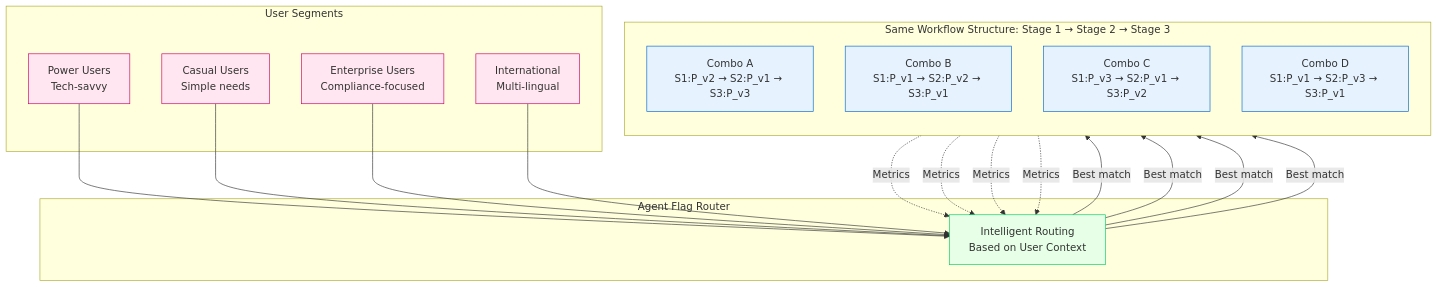
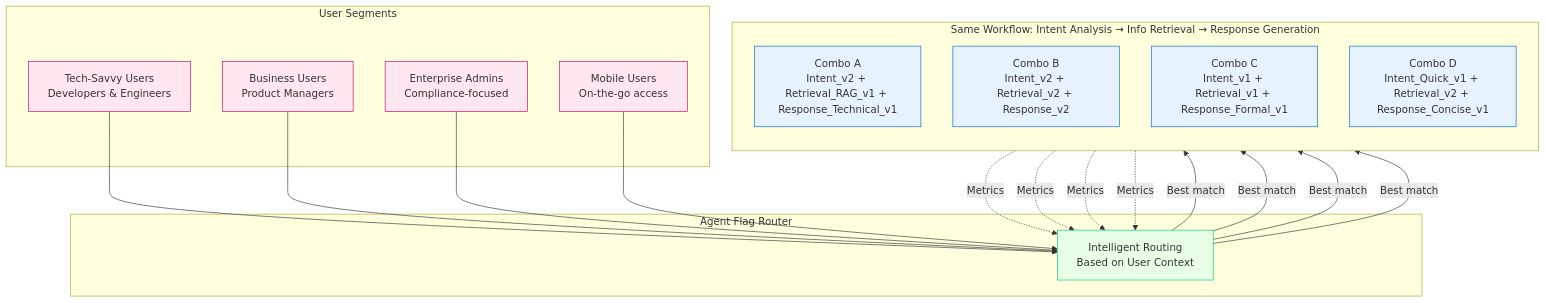
The fifth of 6 diagrams in insights-bh.md (featbit/agent-flag), drawn with Mermaid before and after one commit. The commit also changed other lines of this file, not shown here.

````diff
--- a/insights-bh.md
+++ b/insights-bh.md
@@ -223,43 +237,43 @@
 ```mermaid
 graph TB
     subgraph Users[User Segments]
-        U1[Power Users<br/>Tech-savvy]
-        U2[Casual Users<br/>Simple needs]
-        U3[Enterprise Users<br/>Compliance-focused]
-        U4[International<br/>Multi-lingual]
+        U1[Tech-Savvy Users<br/>Developers & Engineers]
+        U2[Business Users<br/>Product Managers]
+        U3[Enterprise Admins<br/>Compliance-focused]
+        U4[Mobile Users<br/>On-the-go access]
     end
     
-    subgraph WF[Same Workflow Structure: Stage 1 → Stage 2 → Stage 3]
+    subgraph WF["Same Workflow: Intent Analysis → Info Retrieval → Response Generation"]
         direction TB
-        C1[Combo A<br/>S1:P_v2 → S2:P_v1 → S3:P_v3]
-        C2[Combo B<br/>S1:P_v1 → S2:P_v2 → S3:P_v1]
-        C3[Combo C<br/>S1:P_v3 → S2:P_v1 → S3:P_v2]
-        C4[Combo D<br/>S1:P_v1 → S2:P_v3 → S3:P_v1]
+        C1["Combo A<br/>Intent_v2 + Retrieval_RAG_v1 + Response_Technical_v1"]
+        C2["Combo B<br/>Intent_v2 + Retrieval_v2 + Response_v2"]
+        C3["Combo C<br/>Intent_v1 + Retrieval_v1 + Response_Formal_v1"]
+        C4["Combo D<br/>Intent_Quick_v1 + Retrieval_v2 + Response_Concise_v1"]
     end
     
     subgraph AF[Agent Flag Router]
         R[Intelligent Routing<br/>Based on User Context]
     end
     
     U1 --> R
     U2 --> R
     U3 --> R
     U4 --> R
     
     R -->|Best match| C1
     R -->|Best match| C2
     R -->|Best match| C3
     R -->|Best match| C4
     
     C1 -.Metrics.-> R
     C2 -.Metrics.-> R
     C3 -.Metrics.-> R
     C4 -.Metrics.-> R
     
     classDef user fill:#ffe6f0,stroke:#cc0066
     classDef combo fill:#e6f3ff,stroke:#0066cc
     classDef router fill:#e6ffe6,stroke:#00cc66
     class U1,U2,U3,U4 user
     class C1,C2,C3,C4 combo
     class R router
 ```
````
